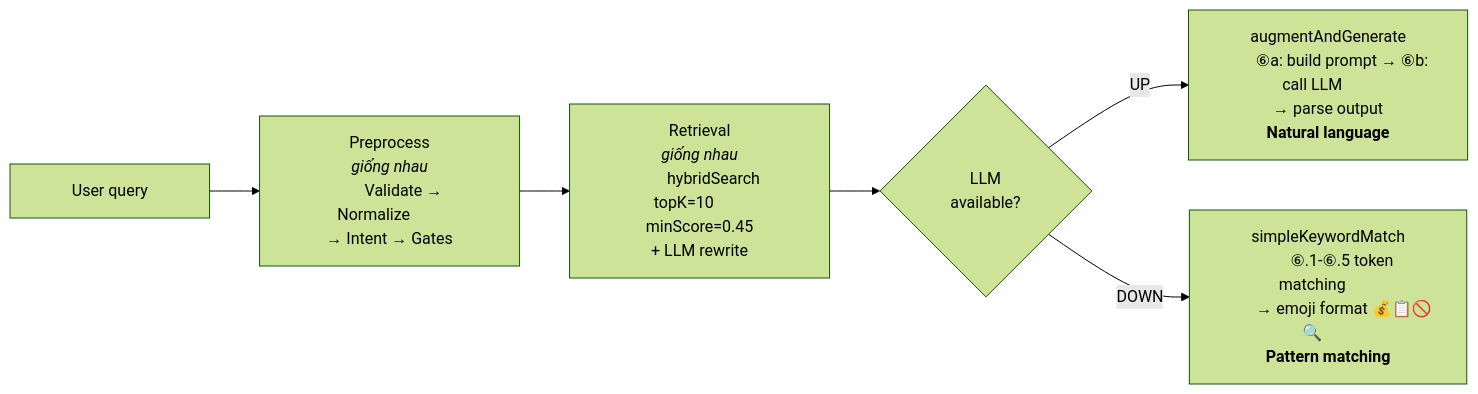
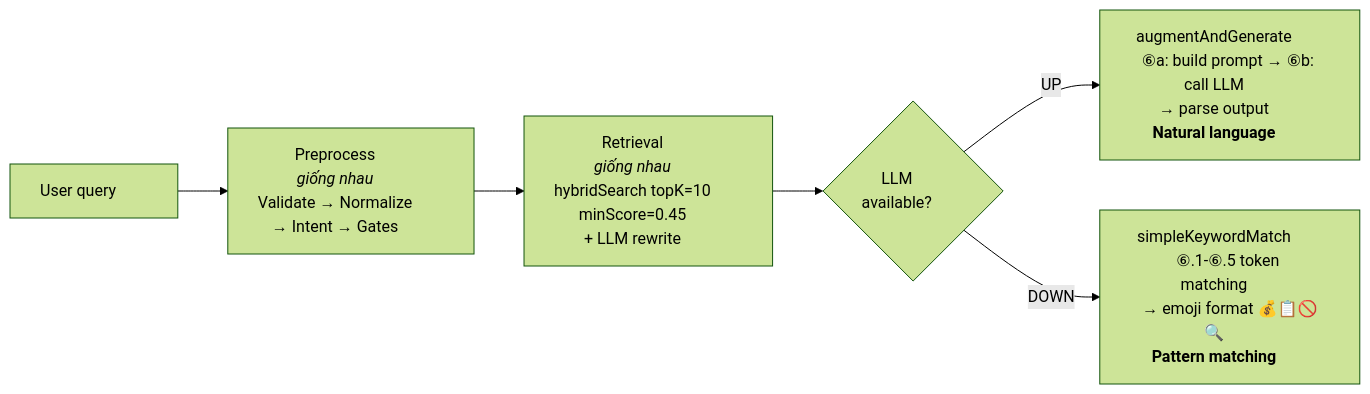
The second of 2 diagrams in backend/RAG_CHATBOT_PIPELINE.md (MinhThang1009/E-commerce-website), drawn with Mermaid (forest theme) before and after one commit. The commit also changed other lines of this file, not shown here.

First line of the commit message:
docs(ai): bỏ &nbsp; ở đầu node, chỉ giữ trailing padding

````diff
--- a/backend/RAG_CHATBOT_PIPELINE.md
+++ b/backend/RAG_CHATBOT_PIPELINE.md
@@ -380,8 +380,8 @@
 ```mermaid
 flowchart LR
-    A["&nbsp;&nbsp;&nbsp;&nbsp;&nbsp;&nbsp;&nbsp;&nbsp;User query&nbsp;&nbsp;&nbsp;&nbsp;&nbsp;&nbsp;&nbsp;&nbsp;"] --> B["&nbsp;&nbsp;&nbsp;&nbsp;&nbsp;&nbsp;&nbsp;&nbsp;Preprocess&nbsp;&nbsp;&nbsp;&nbsp;&nbsp;&nbsp;&nbsp;&nbsp;<br/>&nbsp;&nbsp;&nbsp;&nbsp;&nbsp;&nbsp;&nbsp;&nbsp;<i>giống nhau</i>&nbsp;&nbsp;&nbsp;&nbsp;&nbsp;&nbsp;&nbsp;&nbsp;<br/>&nbsp;&nbsp;&nbsp;&nbsp;&nbsp;&nbsp;&nbsp;&nbsp;Validate → Normalize&nbsp;&nbsp;&nbsp;&nbsp;&nbsp;&nbsp;&nbsp;&nbsp;<br/>&nbsp;&nbsp;&nbsp;&nbsp;&nbsp;&nbsp;&nbsp;&nbsp;→ Intent → Gates&nbsp;&nbsp;&nbsp;&nbsp;&nbsp;&nbsp;&nbsp;&nbsp;"]
-    B --> C["&nbsp;&nbsp;&nbsp;&nbsp;&nbsp;&nbsp;&nbsp;&nbsp;Retrieval&nbsp;&nbsp;&nbsp;&nbsp;&nbsp;&nbsp;&nbsp;&nbsp;<br/>&nbsp;&nbsp;&nbsp;&nbsp;&nbsp;&nbsp;&nbsp;&nbsp;<i>giống nhau</i>&nbsp;&nbsp;&nbsp;&nbsp;&nbsp;&nbsp;&nbsp;&nbsp;<br/>&nbsp;&nbsp;&nbsp;&nbsp;&nbsp;&nbsp;&nbsp;&nbsp;hybridSearch topK=10&nbsp;&nbsp;&nbsp;&nbsp;&nbsp;&nbsp;&nbsp;&nbsp;<br/>&nbsp;&nbsp;&nbsp;&nbsp;&nbsp;&nbsp;&nbsp;&nbsp;minScore=0.45&nbsp;&nbsp;&nbsp;&nbsp;&nbsp;&nbsp;&nbsp;&nbsp;<br/>&nbsp;&nbsp;&nbsp;&nbsp;&nbsp;&nbsp;&nbsp;&nbsp;+ LLM rewrite&nbsp;&nbsp;&nbsp;&nbsp;&nbsp;&nbsp;&nbsp;&nbsp;"]
-    C --> D{"&nbsp;&nbsp;&nbsp;&nbsp;&nbsp;&nbsp;&nbsp;&nbsp;LLM&nbsp;&nbsp;&nbsp;&nbsp;&nbsp;&nbsp;&nbsp;&nbsp;<br/>&nbsp;&nbsp;&nbsp;&nbsp;&nbsp;&nbsp;&nbsp;&nbsp;available?&nbsp;&nbsp;&nbsp;&nbsp;&nbsp;&nbsp;&nbsp;&nbsp;"}
-    D -->|UP| E["&nbsp;&nbsp;&nbsp;&nbsp;&nbsp;&nbsp;&nbsp;&nbsp;augmentAndGenerate&nbsp;&nbsp;&nbsp;&nbsp;&nbsp;&nbsp;&nbsp;&nbsp;<br/>&nbsp;&nbsp;&nbsp;&nbsp;&nbsp;&nbsp;&nbsp;&nbsp;⑥a: build prompt → ⑥b: call LLM&nbsp;&nbsp;&nbsp;&nbsp;&nbsp;&nbsp;&nbsp;&nbsp;<br/>&nbsp;&nbsp;&nbsp;&nbsp;&nbsp;&nbsp;&nbsp;&nbsp;→ parse output&nbsp;&nbsp;&nbsp;&nbsp;&nbsp;&nbsp;&nbsp;&nbsp;<br/>&nbsp;&nbsp;&nbsp;&nbsp;&nbsp;&nbsp;&nbsp;&nbsp;<b>Natural language</b>&nbsp;&nbsp;&nbsp;&nbsp;&nbsp;&nbsp;&nbsp;&nbsp;"]
-    D -->|DOWN| F["&nbsp;&nbsp;&nbsp;&nbsp;&nbsp;&nbsp;&nbsp;&nbsp;simpleKeywordMatch&nbsp;&nbsp;&nbsp;&nbsp;&nbsp;&nbsp;&nbsp;&nbsp;<br/>&nbsp;&nbsp;&nbsp;&nbsp;&nbsp;&nbsp;&nbsp;&nbsp;⑥.1-⑥.5 token matching&nbsp;&nbsp;&nbsp;&nbsp;&nbsp;&nbsp;&nbsp;&nbsp;<br/>&nbsp;&nbsp;&nbsp;&nbsp;&nbsp;&nbsp;&nbsp;&nbsp;→ emoji format 💰📋🚫🔍&nbsp;&nbsp;&nbsp;&nbsp;&nbsp;&nbsp;&nbsp;&nbsp;<br/>&nbsp;&nbsp;&nbsp;&nbsp;&nbsp;&nbsp;&nbsp;&nbsp;<b>Pattern matching</b>&nbsp;&nbsp;&nbsp;&nbsp;&nbsp;&nbsp;&nbsp;&nbsp;"]
+    A["User query&nbsp;&nbsp;&nbsp;&nbsp;&nbsp;&nbsp;&nbsp;&nbsp;"] --> B["Preprocess&nbsp;&nbsp;&nbsp;&nbsp;&nbsp;&nbsp;&nbsp;&nbsp;<br/><i>giống nhau</i>&nbsp;&nbsp;&nbsp;&nbsp;&nbsp;&nbsp;&nbsp;&nbsp;<br/>Validate → Normalize&nbsp;&nbsp;&nbsp;&nbsp;&nbsp;&nbsp;&nbsp;&nbsp;<br/>→ Intent → Gates&nbsp;&nbsp;&nbsp;&nbsp;&nbsp;&nbsp;&nbsp;&nbsp;"]
+    B --> C["Retrieval&nbsp;&nbsp;&nbsp;&nbsp;&nbsp;&nbsp;&nbsp;&nbsp;<br/><i>giống nhau</i>&nbsp;&nbsp;&nbsp;&nbsp;&nbsp;&nbsp;&nbsp;&nbsp;<br/>hybridSearch topK=10&nbsp;&nbsp;&nbsp;&nbsp;&nbsp;&nbsp;&nbsp;&nbsp;<br/>minScore=0.45&nbsp;&nbsp;&nbsp;&nbsp;&nbsp;&nbsp;&nbsp;&nbsp;<br/>+ LLM rewrite&nbsp;&nbsp;&nbsp;&nbsp;&nbsp;&nbsp;&nbsp;&nbsp;"]
+    C --> D{"LLM&nbsp;&nbsp;&nbsp;&nbsp;&nbsp;&nbsp;&nbsp;&nbsp;<br/>available?&nbsp;&nbsp;&nbsp;&nbsp;&nbsp;&nbsp;&nbsp;&nbsp;"}
+    D -->|UP| E["augmentAndGenerate&nbsp;&nbsp;&nbsp;&nbsp;&nbsp;&nbsp;&nbsp;&nbsp;<br/>⑥a: build prompt → ⑥b: call LLM&nbsp;&nbsp;&nbsp;&nbsp;&nbsp;&nbsp;&nbsp;&nbsp;<br/>→ parse output&nbsp;&nbsp;&nbsp;&nbsp;&nbsp;&nbsp;&nbsp;&nbsp;<br/><b>Natural language</b>&nbsp;&nbsp;&nbsp;&nbsp;&nbsp;&nbsp;&nbsp;&nbsp;"]
+    D -->|DOWN| F["simpleKeywordMatch&nbsp;&nbsp;&nbsp;&nbsp;&nbsp;&nbsp;&nbsp;&nbsp;<br/>⑥.1-⑥.5 token matching&nbsp;&nbsp;&nbsp;&nbsp;&nbsp;&nbsp;&nbsp;&nbsp;<br/>→ emoji format 💰📋🚫🔍&nbsp;&nbsp;&nbsp;&nbsp;&nbsp;&nbsp;&nbsp;&nbsp;<br/><b>Pattern matching</b>&nbsp;&nbsp;&nbsp;&nbsp;&nbsp;&nbsp;&nbsp;&nbsp;"]
 ```
````
